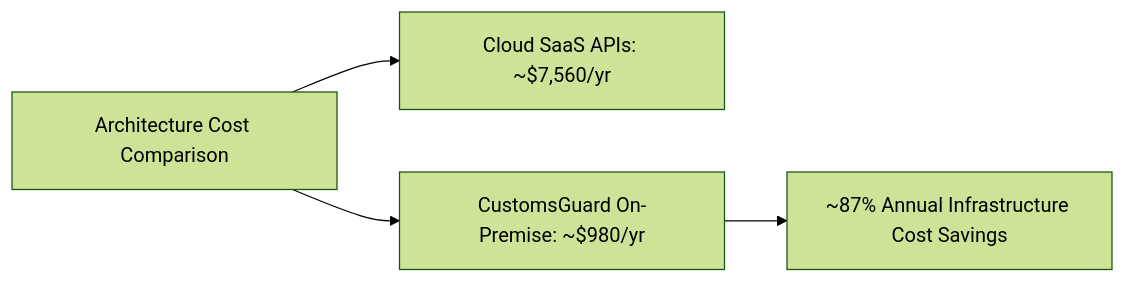
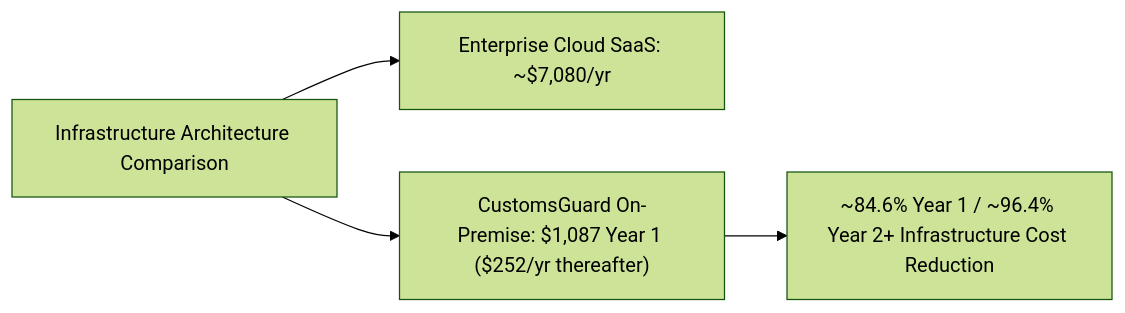
The second of 2 diagrams in docs/business/business_canvas.md (rafifmsn/customs-guard), drawn with Mermaid (forest theme) before and after one commit. The commit also changed other lines of this file and 1 other file, not shown here.

Commit message:
docs(business): enrich CAPEX/OPEX cost engineering and update deck assets

````diff
--- a/docs/business/business_canvas.md
+++ b/docs/business/business_canvas.md
@@ -74,6 +75,6 @@
 ```mermaid
 flowchart LR
-    A["Architecture Cost Comparison"] --> B["Cloud SaaS APIs: ~$7,560/yr"]
-    A --> C["CustomsGuard On-Premise: ~$980/yr"]
-    C --> D["~87% Annual Infrastructure Cost Savings"]
+    A["Infrastructure Architecture Comparison"] --> B["Enterprise Cloud SaaS: ~$7,080/yr"]
+    A --> C["CustomsGuard On-Premise: $1,087 Year 1 ($252/yr thereafter)"]
+    C --> D["~84.6% Year 1 / ~96.4% Year 2+ Infrastructure Cost Reduction"]
 ```
````
